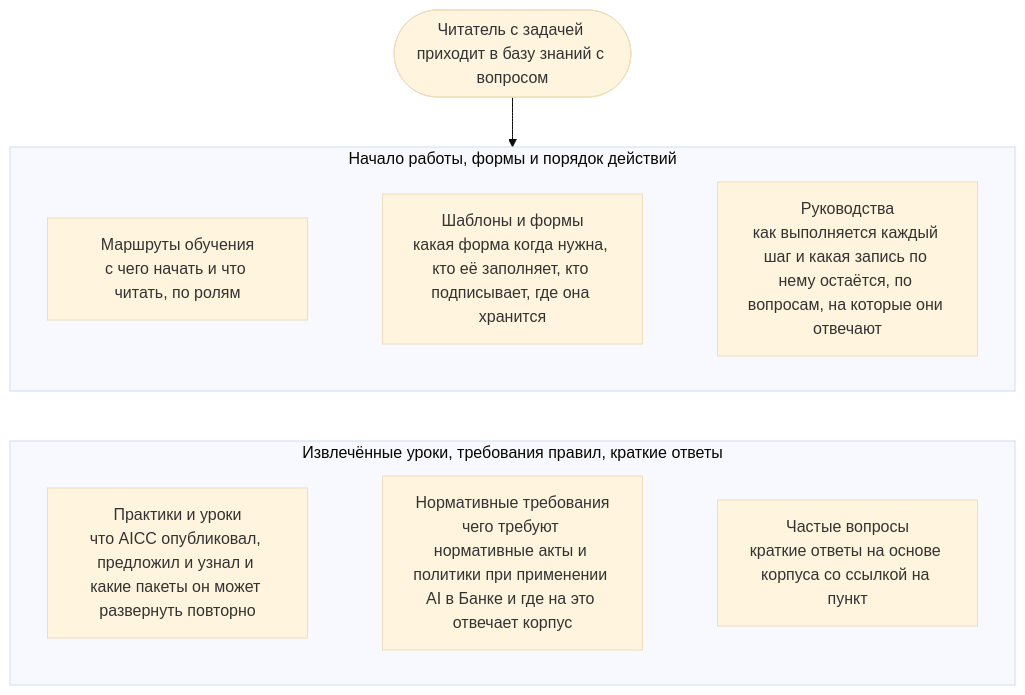
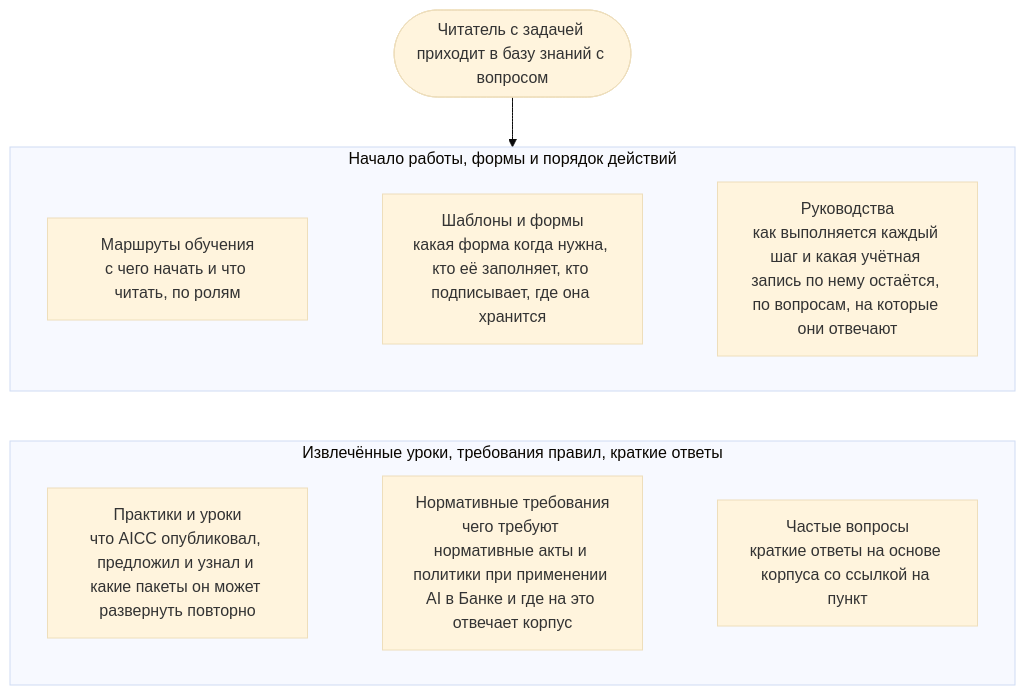
The diagram in portal/content/ru/knowledge-base/overview.md (devhogu/ob-aicc), drawn with Mermaid (base theme) before and after one commit. The commit also changed other lines of this file and 370 other files, not shown here.

````diff
--- a/portal/content/ru/knowledge-base/overview.md
+++ b/portal/content/ru/knowledge-base/overview.md
@@ -13,14 +13,14 @@
 ```mermaid
 flowchart TB
   Q(["Читатель с задачей приходит в базу знаний с вопросом"])
   subgraph ROW1["Начало работы, формы и порядок действий"]
     direction LR
-    L["Маршруты обучения<br/>с чего начать и что читать, по ролям"] ~~~ T["Шаблоны и формы<br/>какая форма когда нужна, кто её заполняет, кто подписывает, где она хранится"] ~~~ G["Руководства<br/>как выполняется каждый шаг и какая запись по нему остаётся, по вопросам, на которые они отвечают"]
+    L["Маршруты обучения<br/>с чего начать и что читать, по ролям"] ~~~ T["Шаблоны и формы<br/>какая форма когда нужна, кто её заполняет, кто подписывает, где она хранится"] ~~~ G["Руководства<br/>как выполняется каждый шаг и какая учётная запись по нему остаётся, по вопросам, на которые они отвечают"]
   end
   subgraph ROW2["Извлечённые уроки, требования правил, краткие ответы"]
     direction LR
     P["Практики и уроки<br/>что AICC опубликовал, предложил и узнал и какие пакеты он может развернуть повторно"] ~~~ A["Нормативные требования<br/>чего требуют нормативные акты и политики при применении AI в Банке и где на это отвечает корпус"] ~~~ F["Частые вопросы<br/>краткие ответы на основе корпуса со ссылкой на пункт"]
   end
   Q --> ROW1
   ROW1 ~~~ ROW2
 ```
````
